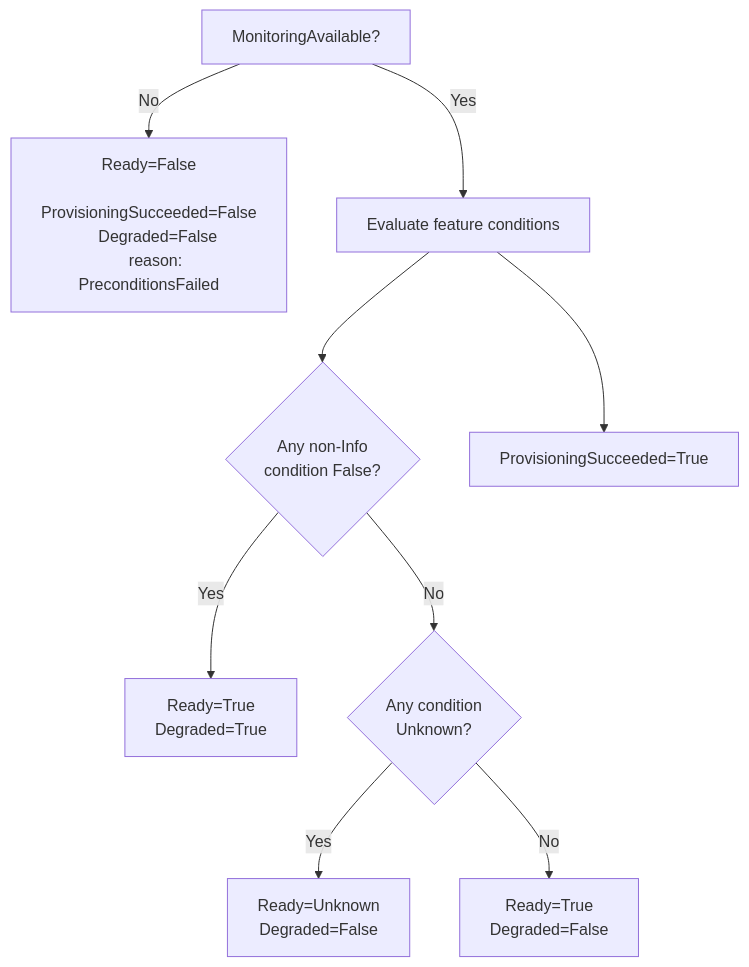
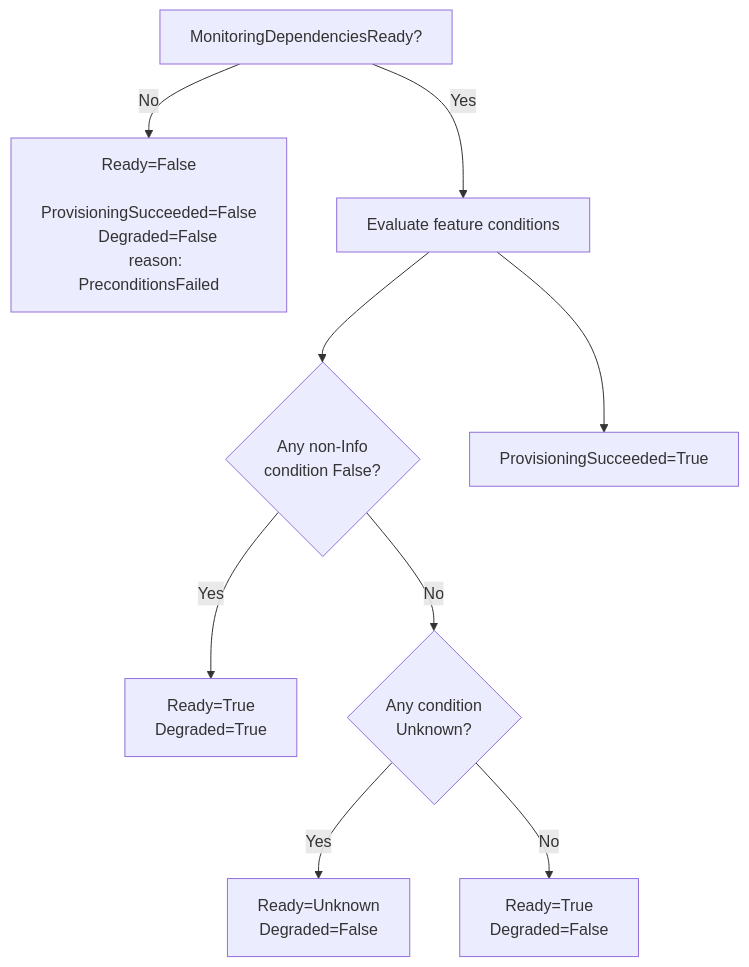
One commit to cgoodfred/odh-observability changed the second of 2 diagrams in docs/ARCHITECTURE.md. Above: the diagram before and after it, drawn with Mermaid. The commit also changed other lines of this file and 6 other files, not shown here.

````diff
--- a/docs/ARCHITECTURE.md
+++ b/docs/ARCHITECTURE.md
@@ -179,19 +182,19 @@
 ```mermaid
 flowchart TD
-    A[MonitoringAvailable?] --> |No| B[Ready=False
+    A[MonitoringDependenciesReady?] --> |No| B[Ready=False
     ProvisioningSucceeded=False
     Degraded=False
     reason: PreconditionsFailed]
     A --> |Yes| C[Evaluate feature conditions]
     C --> D{Any non-Info
     condition False?}
     D --> |Yes| E[Ready=True
     Degraded=True]
     D --> |No| F{Any condition
     Unknown?}
     F --> |Yes| G[Ready=Unknown
     Degraded=False]
     F --> |No| H[Ready=True
     Degraded=False]
     C --> I[ProvisioningSucceeded=True]
 ```
````
